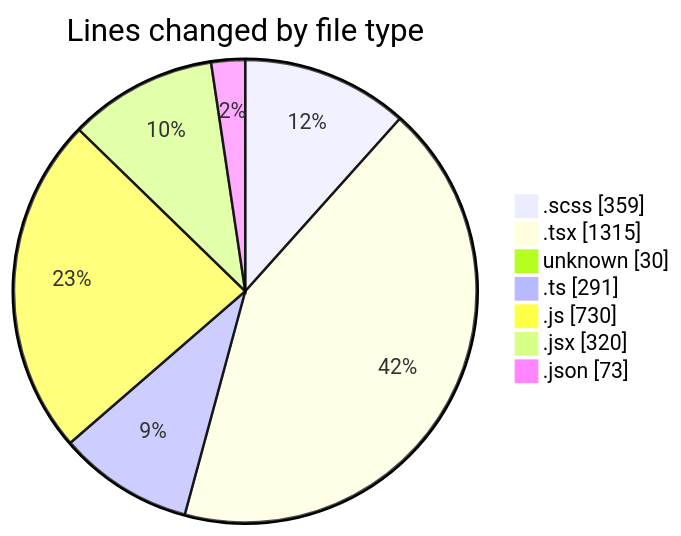
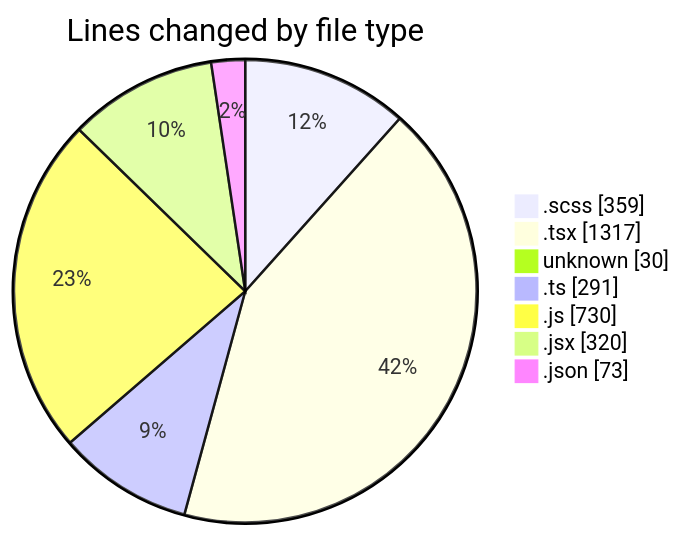
The first of 2 diagrams in 2025-03-05/cda/README.md (momahboobian/code-tracking), drawn with Mermaid before and after one commit. The commit also changed other lines of this file and 1 other file, not shown here.

````diff
--- a/2025-03-05/cda/README.md
+++ b/2025-03-05/cda/README.md
@@ -45,11 +45,11 @@
 ```mermaid
 pie showData
 title Lines changed by file type
 ".scss" : 359
-".tsx" : 1315
+".tsx" : 1317
 "unknown" : 30
 ".ts" : 291
 ".js" : 730
 ".jsx" : 320
 ".json" : 73
 ```
````
